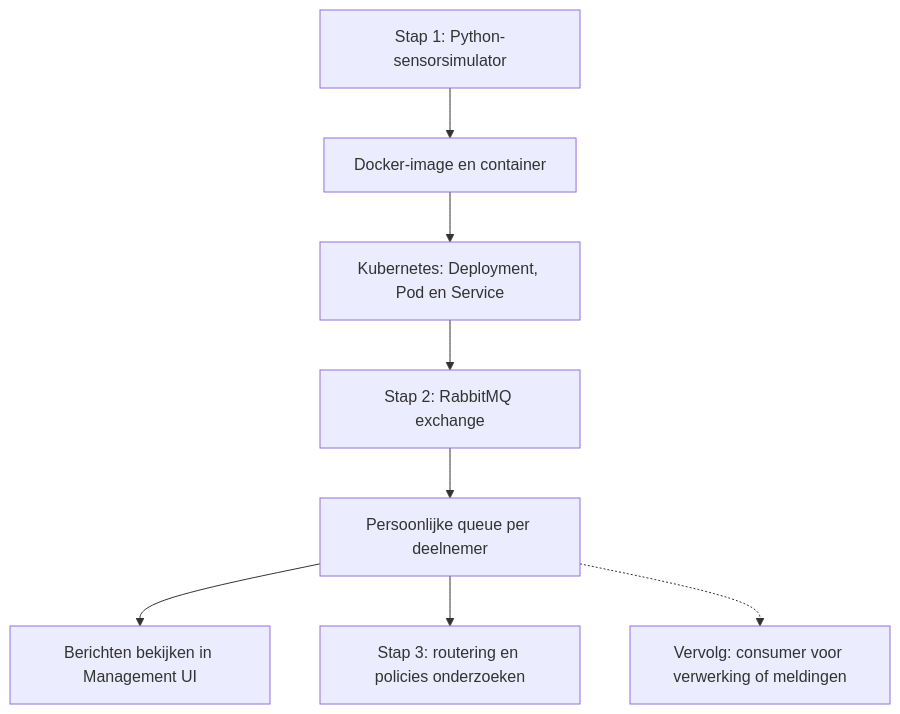
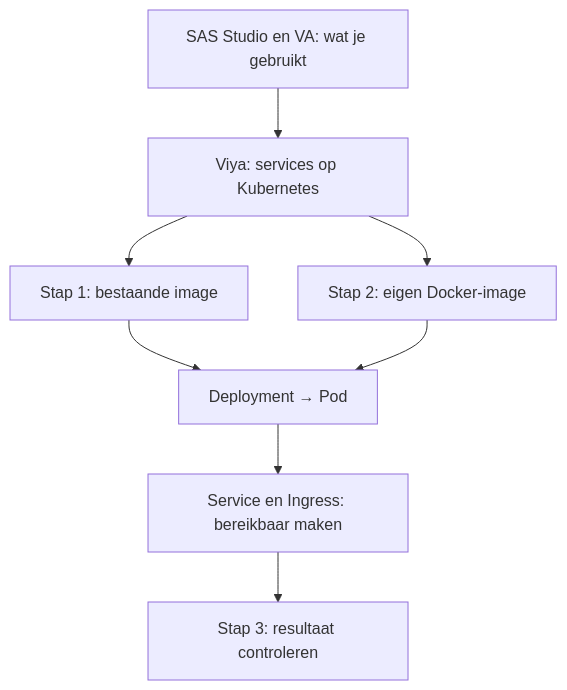
The diagram in README.md (whu2026/backend-workshop-eom), drawn with Mermaid before and after one commit. The commit also changed other lines of this file, not shown here.

````diff
--- a/README.md
+++ b/README.md
@@ -9,10 +26,10 @@
 ```mermaid
 flowchart TD
-    S["Stap 1: Python-sensorsimulator"] --> D["Docker-image en container"]
-    D --> K["Kubernetes: Deployment, Pod en Service"]
-    K --> R["Stap 2: RabbitMQ exchange"]
-    R --> Q["Persoonlijke queue per deelnemer"]
-    Q --> U["Berichten bekijken in Management UI"]
-    Q --> E["Stap 3: routering en policies onderzoeken"]
-    Q -.-> C["Vervolg: consumer voor verwerking of meldingen"]
+    A["SAS Studio en VA: wat je gebruikt"] --> B["Viya: services op Kubernetes"]
+    B --> C["Stap 1: bestaande image"]
+    B --> D["Stap 2: eigen Docker-image"]
+    C --> E["Deployment → Pod"]
+    D --> E
+    E --> F["Service en Ingress: bereikbaar maken"]
+    F --> G["Stap 3: resultaat controleren"]
 ```
````
